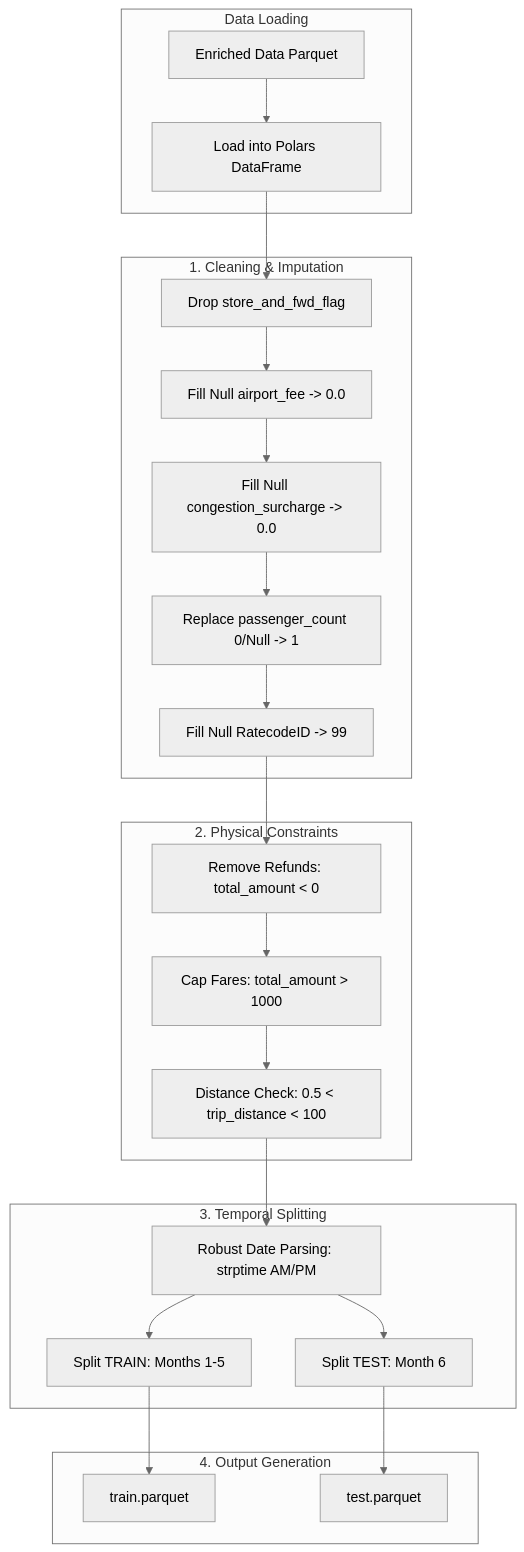
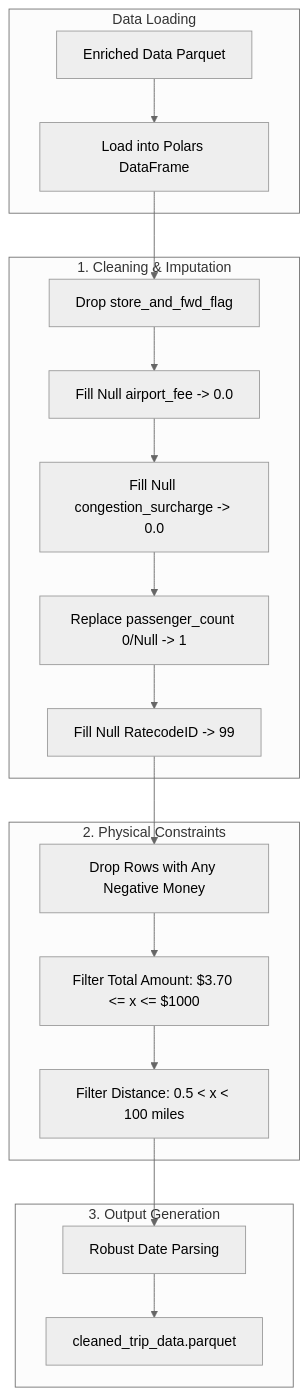
The diagram in reports/docs/stages/03_data_transformation_report.md (SebastianGarrido2790/nyc-taxi-tips-prediction), drawn with Mermaid (neutral theme) before and after one commit. The commit also changed other lines of this file and 15 other files, not shown here.

Commit message:
feat: implement feature engineering stage and refined data transformation logic

````diff
--- a/reports/docs/stages/03_data_transformation_report.md
+++ b/reports/docs/stages/03_data_transformation_report.md
@@ -13,31 +13,25 @@
 ```mermaid
 flowchart TD
     subgraph Data_Loading [Data Loading]
         A[Enriched Data Parquet] --> B[Load into Polars DataFrame]
     end
 
     subgraph Cleaning_Phase [1. Cleaning & Imputation]
         B --> C[Drop store_and_fwd_flag]
         C --> D[Fill Null airport_fee -> 0.0]
         D --> E[Fill Null congestion_surcharge -> 0.0]
         E --> F[Replace passenger_count 0/Null -> 1]
         F --> G[Fill Null RatecodeID -> 99]
     end
 
     subgraph Filtering_Phase [2. Physical Constraints]
-        G --> H[Remove Refunds: total_amount < 0]
-        H --> I[Cap Fares: total_amount > 1000]
-        I --> J[Distance Check: 0.5 < trip_distance < 100]
+        G --> H[Drop Rows with Any Negative Money]
+        H --> I[Filter Total Amount: $3.70 <= x <= $1000]
+        I --> J[Filter Distance: 0.5 < x < 100 miles]
     end
 
-    subgraph Feature_Prep [3. Temporal Splitting]
-        J --> K[Robust Date Parsing: strptime AM/PM]
-        K --> L[Split TRAIN: Months 1-5]
-        K --> M[Split TEST: Month 6]
-    end
-
-    subgraph Persistence [4. Output Generation]
-        L --> N[train.parquet]
-        M --> O[test.parquet]
+    subgraph Persistence [3. Output Generation]
+        J --> K[Robust Date Parsing]
+        K --> L[cleaned_trip_data.parquet]
     end
 ```
````
